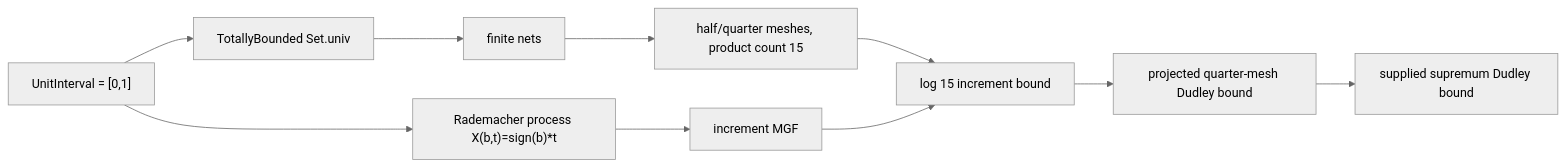
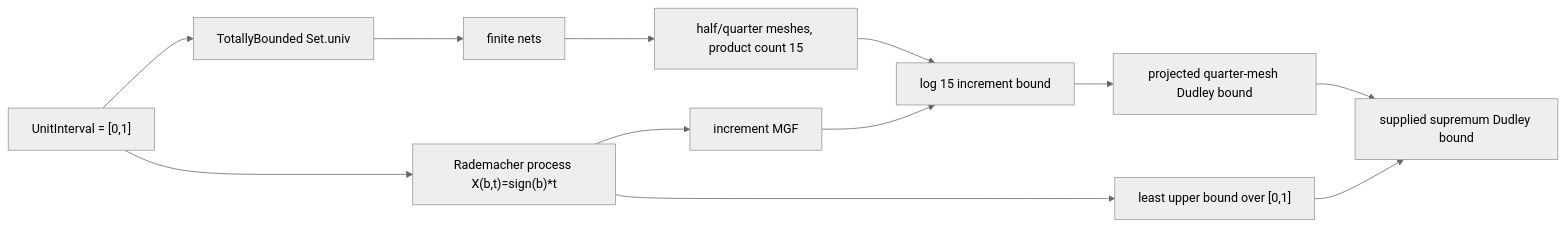
The diagram in docs/unit-interval-dudley.md (Robby955/FormalSLT), drawn with Mermaid (neutral theme) before and after one commit. The commit also changed other lines of this file and 5 other files, not shown here.

````diff
--- a/docs/unit-interval-dudley.md
+++ b/docs/unit-interval-dudley.md
@@ -18,17 +18,19 @@
 ```mermaid
 flowchart LR
   T["UnitInterval = [0,1]"]
   TB["TotallyBounded Set.univ"]
   Nets["finite nets"]
   Proc["Rademacher process X(b,t)=sign(b)*t"]
   MGF["increment MGF"]
+  Exact["least upper bound over [0,1]"]
   Mesh["half/quarter meshes, product count 15"]
   Inc["log 15 increment bound"]
   Proj["projected quarter-mesh Dudley bound"]
   Sup["supplied supremum Dudley bound"]
 
   T --> TB --> Nets
   T --> Proc --> MGF
+  Proc --> Exact --> Sup
   Nets --> Mesh --> Inc --> Proj --> Sup
   MGF --> Inc
 ```
````
